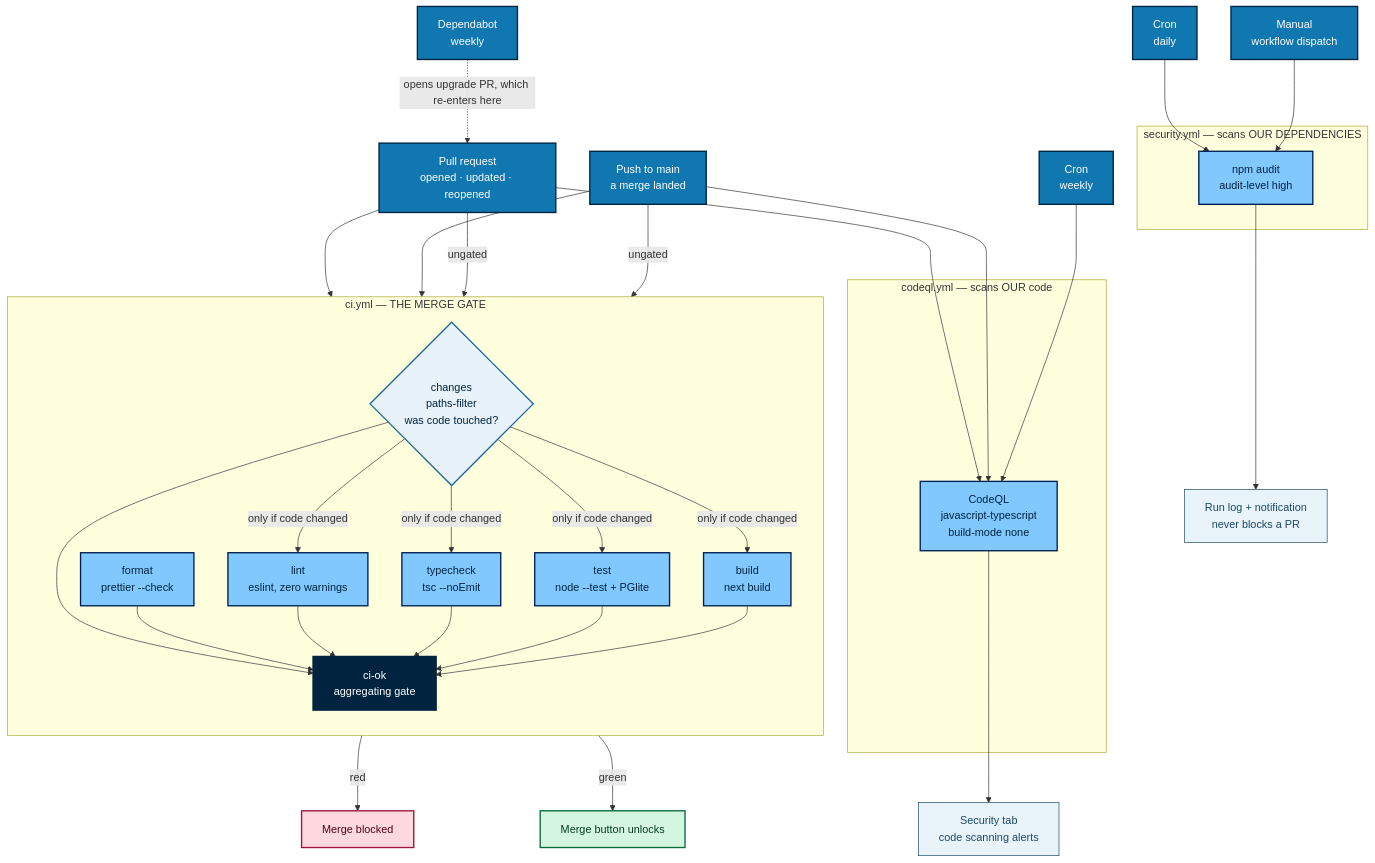
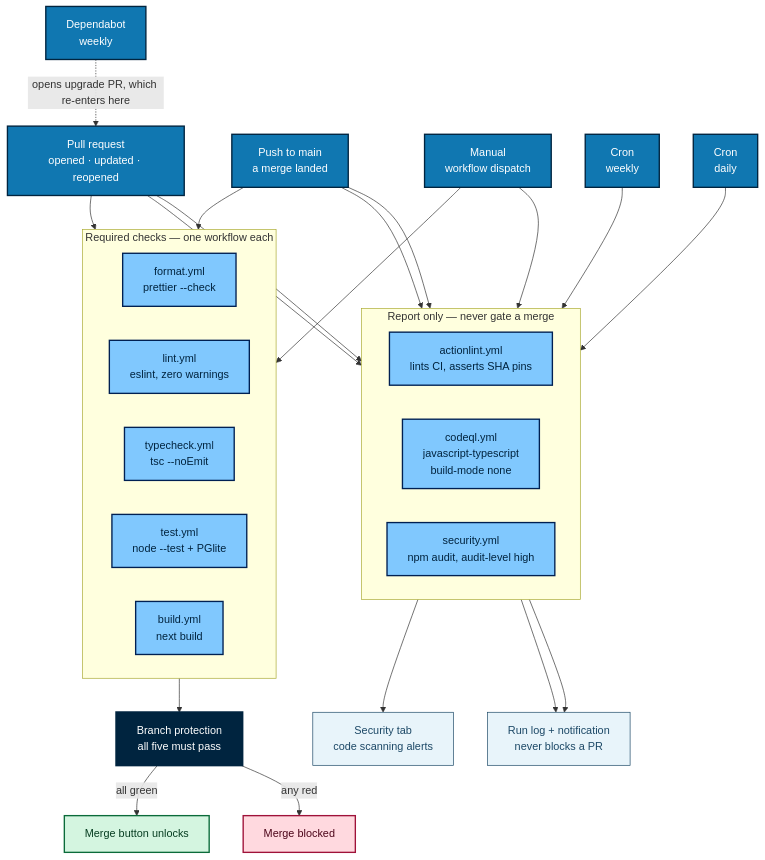
One commit to acmpsu/acm-website changed the first of 11 diagrams in docs/ci-map.md. Above: the diagram before and after it, drawn with Mermaid. The commit also changed other lines of this file and 2 other files, not shown here.

````diff
--- a/docs/ci-map.md
+++ b/docs/ci-map.md
@@ -10,72 +11,51 @@
 ```mermaid
 flowchart TB
-    T1["Pull request<br/>opened · updated · reopened"]
-    T2["Push to main<br/>a merge landed"]
-    T3["Dependabot<br/>weekly"]
-    T4["Cron<br/>weekly"]
-    T5["Cron<br/>daily"]
-    T6["Manual<br/>workflow dispatch"]
-
-    subgraph CIWF["ci.yml — THE MERGE GATE"]
-        direction TB
-        CH{"changes<br/>paths-filter<br/>was code touched?"}
-        FMT["format<br/>prettier --check"]
-        LNT["lint<br/>eslint, zero warnings"]
-        TYP["typecheck<br/>tsc --noEmit"]
-        TST["test<br/>node --test + PGlite"]
-        BLD["build<br/>next build"]
-        OKJ["ci-ok<br/>aggregating gate"]
+    subgraph GATE["Required checks — one workflow each"]
+        direction LR
+        FMT["format.yml<br/>prettier --check"]
+        LNT["lint.yml<br/>eslint, zero warnings"]
+        TYP["typecheck.yml<br/>tsc --noEmit"]
+        TST["test.yml<br/>node --test + PGlite"]
+        BLD["build.yml<br/>next build"]
     end
 
-    subgraph QLWF["codeql.yml — scans OUR code"]
-        QL["CodeQL<br/>javascript-typescript<br/>build-mode none"]
+    subgraph REPORT["Report only — never gate a merge"]
+        direction LR
+        ALN["actionlint.yml<br/>lints CI, asserts SHA pins"]
+        QL["codeql.yml<br/>javascript-typescript<br/>build-mode none"]
+        AUD["security.yml<br/>npm audit, audit-level high"]
     end
 
-    subgraph SECWF["security.yml — scans OUR DEPENDENCIES"]
-        AUD["npm audit<br/>audit-level high"]
-    end
-
-    T1 --> CH
-    T2 --> CH
-    T1 -->|"ungated"| FMT
-    T2 -->|"ungated"| FMT
+    T1["Pull request<br/>opened · updated · reopened"] --> GATE
+    T2["Push to main<br/>a merge landed"] --> GATE
+    T6["Manual<br/>workflow dispatch"] --> GATE
+    T1 --> ALN
+    T2 --> ALN
     T1 --> QL
     T2 --> QL
-    T4 --> QL
-    T5 --> AUD
-    T6 --> AUD
-    T3 -.->|"opens upgrade PR, which re-enters here"| T1
+    T4["Cron<br/>weekly"] --> QL
+    T5["Cron<br/>daily"] --> AUD
+    T6 --> REPORT
+    T3["Dependabot<br/>weekly"] -.->|"opens upgrade PR, which re-enters here"| T1
 
-    CH -->|"only if code changed"| LNT
-    CH -->|"only if code changed"| TYP
-    CH -->|"only if code changed"| TST
-    CH -->|"only if code changed"| BLD
-    CH --> OKJ
-
-    FMT --> OKJ
-    LNT --> OKJ
-    TYP --> OKJ
-    TST --> OKJ
-    BLD --> OKJ
-
-    OKJ -->|"green"| MERGE["Merge button unlocks"]
-    OKJ -->|"red"| BLOCK["Merge blocked"]
+    GATE --> BP["Branch protection<br/>all five must pass"]
+    BP -->|"all green"| MERGE["Merge button unlocks"]
+    BP -->|"any red"| BLOCK["Merge blocked"]
     QL --> TAB["Security tab<br/>code scanning alerts"]
     AUD --> LOG["Run log + notification<br/>never blocks a PR"]
+    ALN --> LOG
 
     classDef trig fill:#1077b1,stroke:#00243f,stroke-width:2px,color:#ffffff
-    classDef dec fill:#e8f2fa,stroke:#1f6a9b,stroke-width:2px,color:#00243f
     classDef chk fill:#80c8fe,stroke:#002052,stroke-width:2px,color:#00243f
     classDef gate fill:#00243f,stroke:#00243f,stroke-width:3px,color:#ffffff
     classDef good fill:#d4f5e0,stroke:#0b6b3a,stroke-width:2px,color:#063d21
     classDef bad fill:#ffd9df,stroke:#9f1239,stroke-width:2px,color:#4c0519
     classDef info fill:#e8f4fa,stroke:#1c4866,stroke-width:1px,color:#1c4866
 
     class T1,T2,T3,T4,T5,T6 trig
-    class CH dec
-    class FMT,LNT,TYP,TST,BLD,QL,AUD chk
-    class OKJ gate
+    class FMT,LNT,TYP,TST,BLD,ALN,QL,AUD chk
+    class BP gate
     class MERGE good
     class BLOCK bad
     class TAB,LOG info
 ```
````
